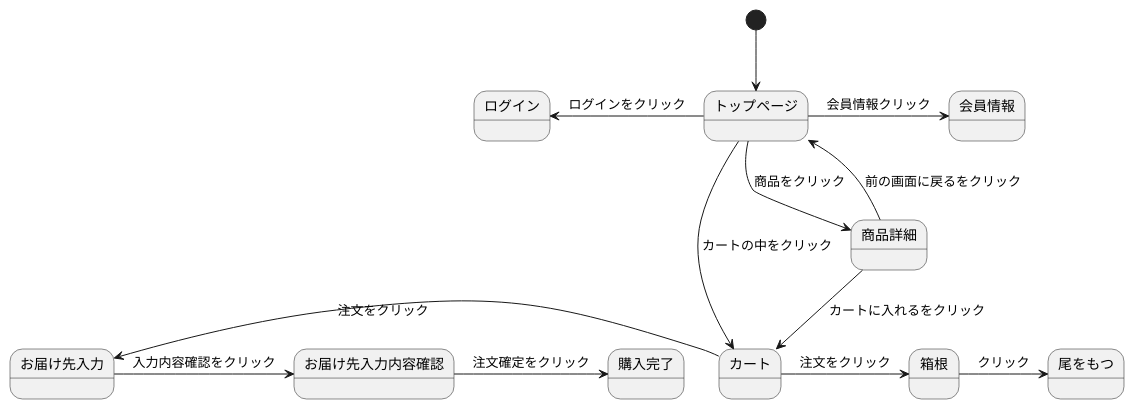
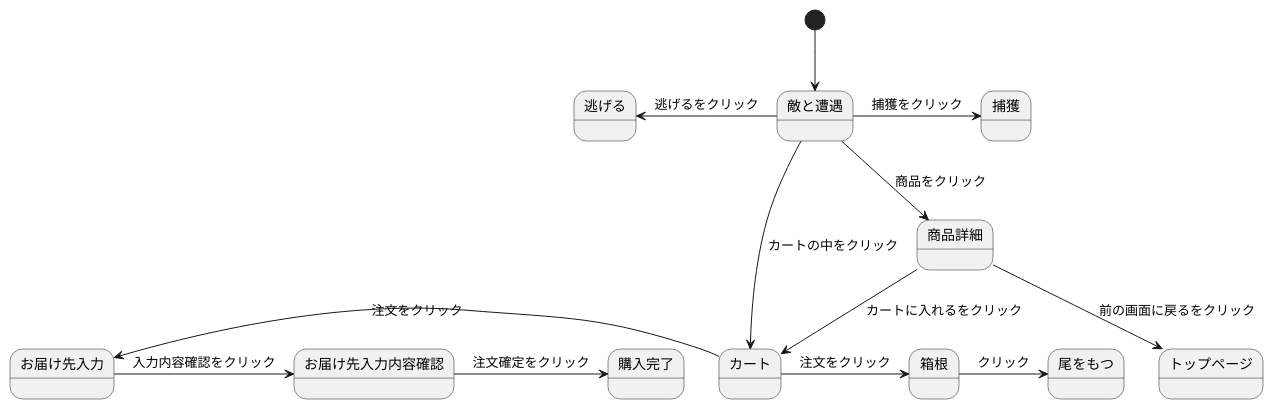
The diagram in stm01.md (Aso2001196/2021sys-design), drawn with PlantUML before and after one commit.

````diff
--- a/stm01.md
+++ b/stm01.md
@@ -1,16 +1,16 @@
 ```uml
 @startuml
-[*]--> トップページ
-トップページ -> 会員情報 : 会員情報クリック
-トップページ -left-> ログイン : ログインをクリック
-トップページ --> 商品詳細 : 商品をクリック
-トップページ --> カート : カートの中をクリック
+[*]--> 敵と遭遇
+敵と遭遇 -> 捕獲 : 捕獲をクリック
+敵と遭遇 -left-> 逃げる : 逃げるをクリック
+敵と遭遇 --> 商品詳細 : 商品をクリック
+敵と遭遇 --> カート : カートの中をクリック
 商品詳細 --> カート : カートに入れるをクリック
 商品詳細 --> トップページ : 前の画面に戻るをクリック
 カート -> 箱根 : 注文をクリック
 箱根 -> 尾をもつ : クリック
 カート -left-> お届け先入力 : 注文をクリック
 お届け先入力 -> お届け先入力内容確認 : 入力内容確認をクリック
 お届け先入力内容確認 -> 購入完了 : 注文確定をクリック
 @enduml
 ```
````
